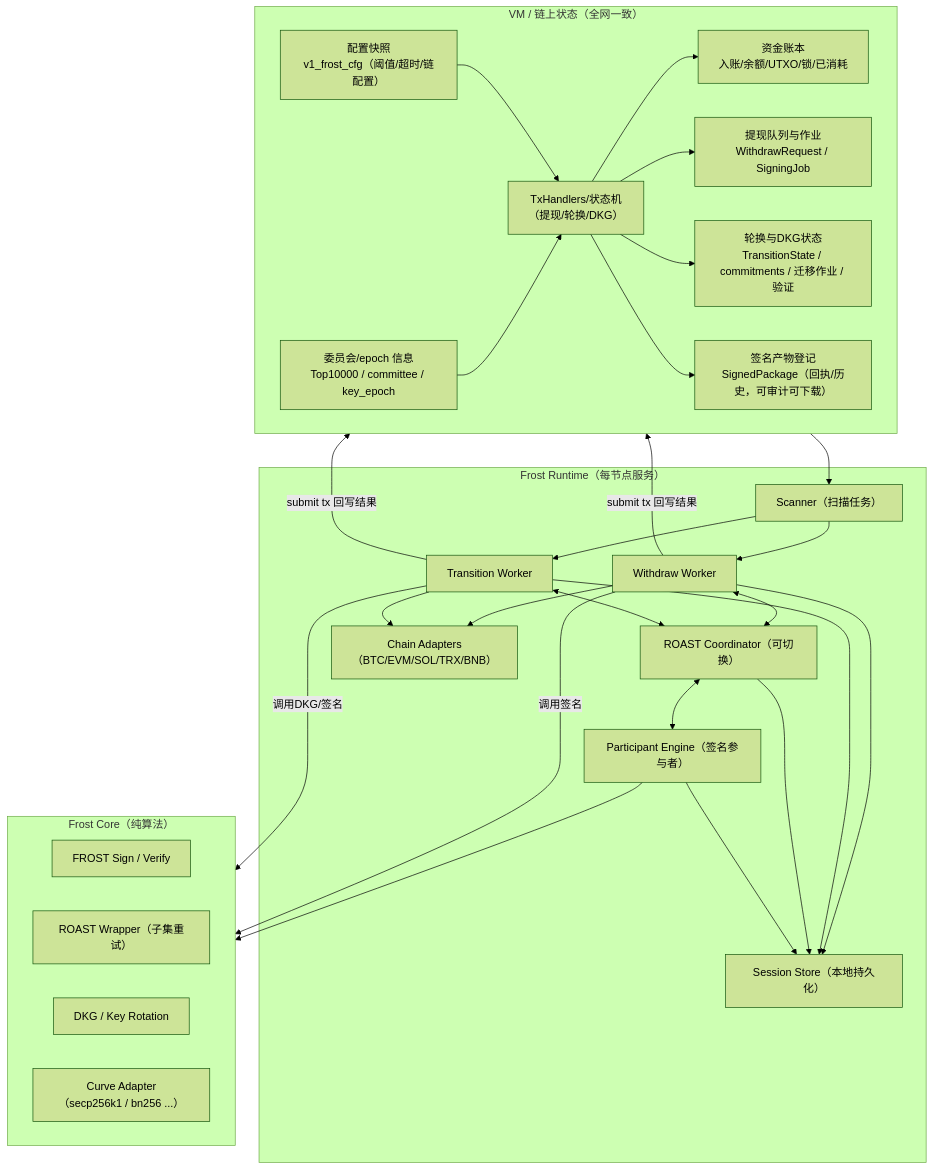
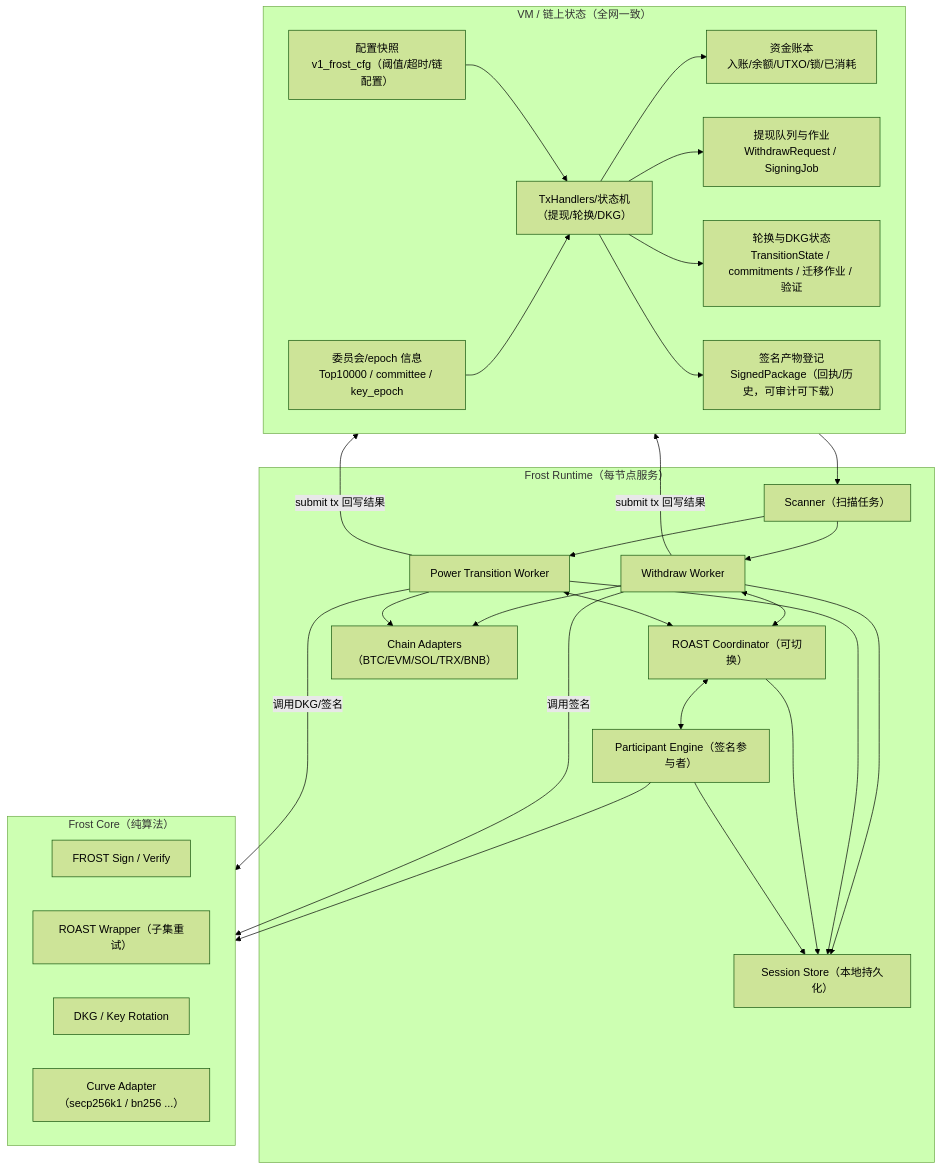
The first of 8 diagrams in frost/design_v2_job.md (davidLeeeeeeeeeeee/dex), drawn with Mermaid (forest theme) before and after one commit. The commit also changed other lines of this file, not shown here.

````diff
--- a/frost/design_v2_job.md
+++ b/frost/design_v2_job.md
@@ -64,58 +64,58 @@
 ```mermaid
 flowchart TB
   subgraph VM["VM / 链上状态（全网一致）"]
     VCFG["配置快照\nv1_frost_cfg（阈值/超时/链配置）"]
     VSET["委员会/epoch 信息\nTop10000 / committee / key_epoch"]
     VTX["TxHandlers/状态机\n（提现/轮换/DKG）"]
     VFL["资金账本\n入账/余额/UTXO/锁/已消耗"]
     VWD["提现队列与作业\nWithdrawRequest / SigningJob"]
     VTR["轮换与DKG状态\nTransitionState / commitments / 迁移作业 / 验证"]
     VRH["签名产物登记\nSignedPackage（回执/历史，可审计可下载）"]
 
     VCFG --> VTX
     VSET --> VTX
     VTX --> VFL
     VTX --> VWD
     VTX --> VTR
     VTX --> VRH
   end
 
   subgraph RT["Frost Runtime（每节点服务）"]
     SC["Scanner（扫描任务）"]
     WM["Withdraw Worker"]
-    TM["Transition Worker"]
+    TM["Power Transition Worker"]
     SS["Session Store（本地持久化）"]
     RO["ROAST Coordinator（可切换）"]
     PA["Participant Engine（签名参与者）"]
     CA["Chain Adapters（BTC/EVM/SOL/TRX/BNB）"]
   end
 
   subgraph CORE["Frost Core（纯算法）"]
     FROST["FROST Sign / Verify"]
     ROAST["ROAST Wrapper（子集重试）"]
     DKG["DKG / Key Rotation"]
     CURVE["Curve Adapter（secp256k1 / bn256 ...）"]
   end
 
   VM --> SC
   SC --> WM
   SC --> TM
 
   WM <--> RO
   TM <--> RO
   RO <--> PA
   PA --> CORE
   WM --> CA
   TM --> CA
 
   WM -->|"调用签名"| CORE
   TM -->|"调用DKG/签名"| CORE
 
   WM -->|"submit tx 回写结果"| VM
   TM -->|"submit tx 回写结果"| VM
 
   WM --> SS
   TM --> SS
   RO --> SS
   PA --> SS
 ```
````
